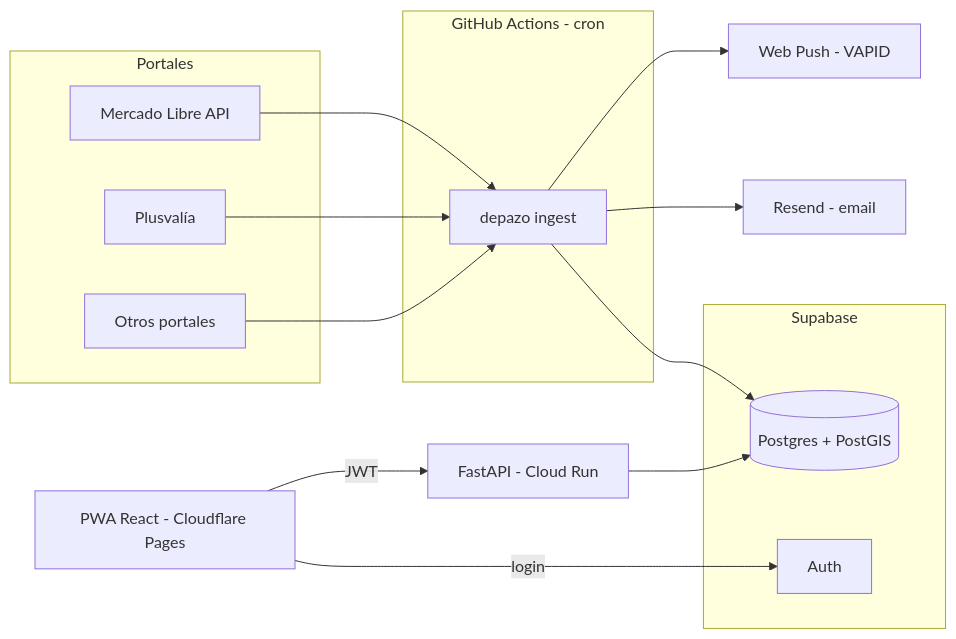
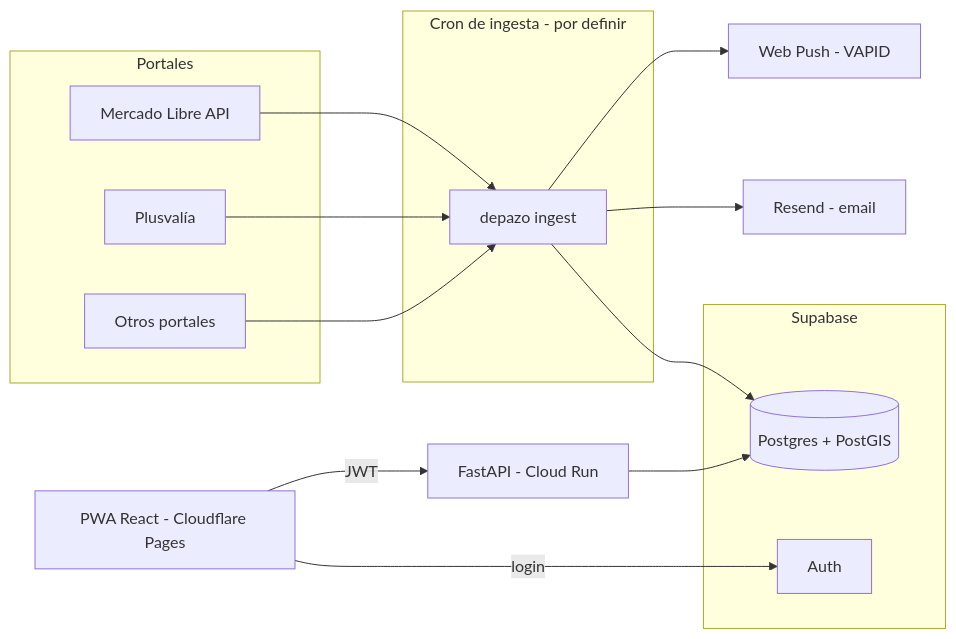
The first of 2 diagrams in docs/architecture.md (Mike37Jet/depazo), drawn with Mermaid before and after one commit. The commit also changed other lines of this file and 5 other files, not shown here.

````diff
--- a/docs/architecture.md
+++ b/docs/architecture.md
@@ -13,24 +13,24 @@
 ```mermaid
 flowchart LR
-    subgraph GH[GitHub Actions - cron]
+    subgraph GH[Cron de ingesta - por definir]
         ING[depazo ingest]
     end
     subgraph Portales
         P1[Mercado Libre API]
         P2[Plusvalía]
         P3[Otros portales]
     end
     subgraph Supabase
         DB[(Postgres + PostGIS)]
         AUTH[Auth]
     end
     API[FastAPI - Cloud Run]
     WEB[PWA React - Cloudflare Pages]
     MAIL[Resend - email]
     PUSH[Web Push - VAPID]
 
     P1 & P2 & P3 --> ING --> DB
     ING --> MAIL & PUSH
     WEB -- login --> AUTH
     WEB -- JWT --> API --> DB
 ```
````
